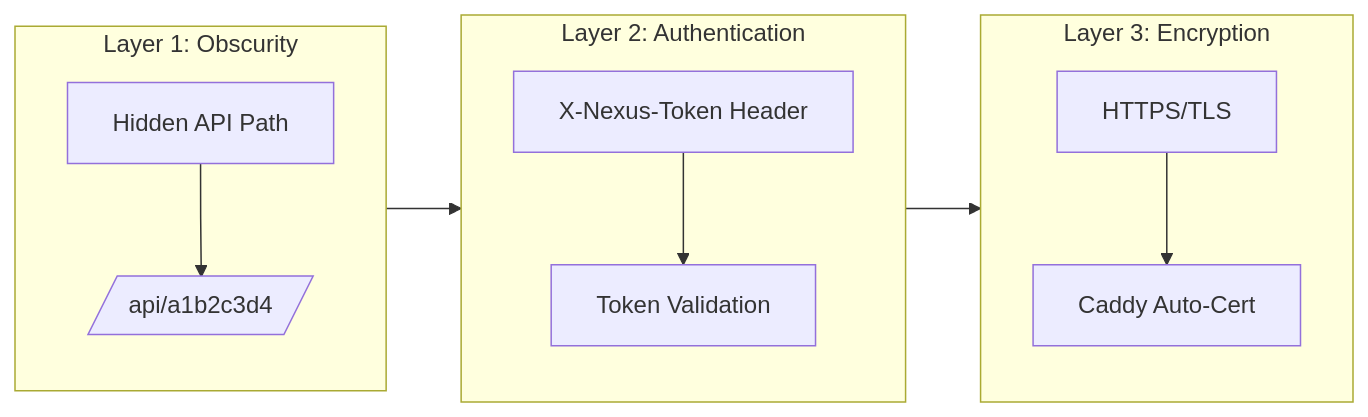
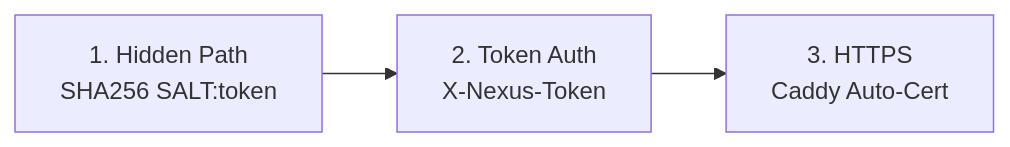
One commit to hioTEC/SUIS changed the diagram in nexus-proxy/README.md. Above: the diagram before and after it, drawn with Mermaid. The commit also changed other lines of this file and 6 other files, not shown here.

````diff
--- a/nexus-proxy/README.md
+++ b/nexus-proxy/README.md
@@ -116,16 +99,5 @@
 ```mermaid
 flowchart LR
-    subgraph Layer1[Layer 1: Obscurity]
-        A[Hidden API Path] --> B[/api/a1b2c3d4/]
-    end
-    
-    subgraph Layer2[Layer 2: Authentication]
-        C[X-Nexus-Token Header] --> D[Token Validation]
-    end
-    
-    subgraph Layer3[Layer 3: Encryption]
-        E[HTTPS/TLS] --> F[Caddy Auto-Cert]
-    end
-    
-    Layer1 --> Layer2 --> Layer3
+    A[1. Hidden Path<br/>SHA256 SALT:token] --> B[2. Token Auth<br/>X-Nexus-Token]
+    B --> C[3. HTTPS<br/>Caddy Auto-Cert]
 ```
````
